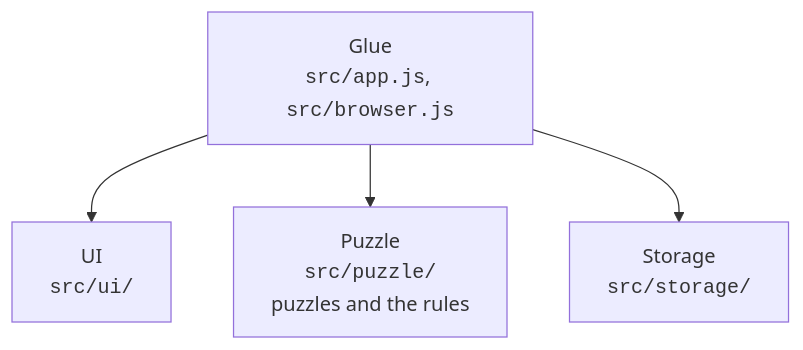
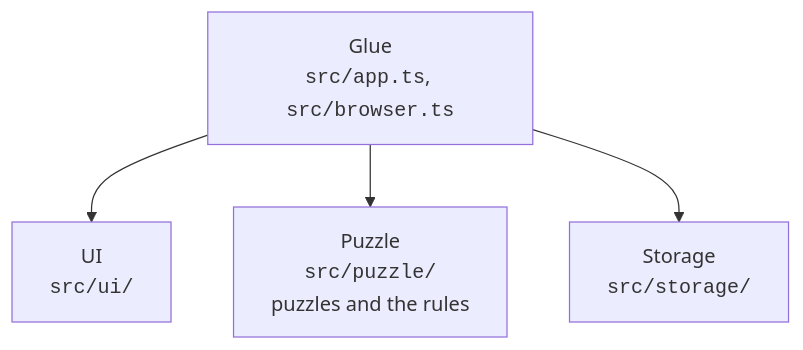
The diagram in README.md (treetopbottle/molecuzzle), drawn with Mermaid before and after one commit. The commit also changed other lines of this file and 8 other files, not shown here.

Commit message:
refactor: move the Glue, app.js and browser.js, to TypeScript files, not yet checked

````diff
--- a/README.md
+++ b/README.md
@@ -51,11 +51,11 @@
 ```mermaid
 flowchart TD
-  glue["Glue<br/><code>src/app.js</code>, <code>src/browser.js</code>"]
+  glue["Glue<br/><code>src/app.ts</code>, <code>src/browser.ts</code>"]
   ui["UI<br/><code>src/ui/</code>"]
   puzzle["Puzzle<br/><code>src/puzzle/</code><br/>puzzles and the rules"]
   storage["Storage<br/><code>src/storage/</code>"]
 
   glue --> ui
   glue --> puzzle
   glue --> storage
 ```
````
